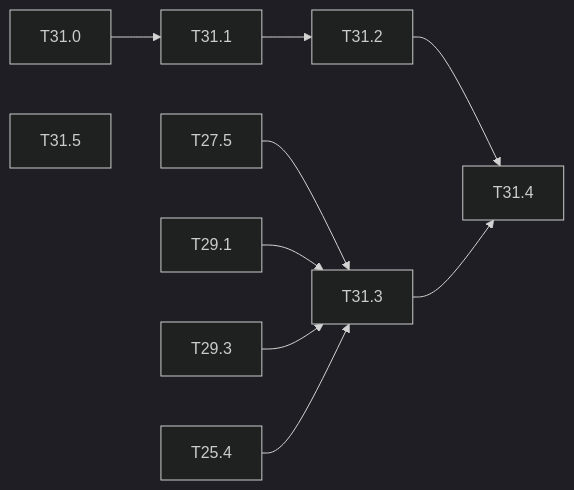
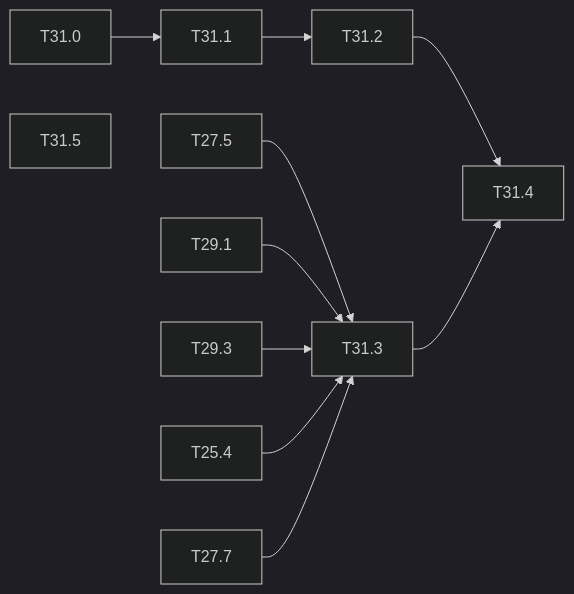
Before and after one commit to lrivals/EmbeddedComputervision: the diagram in docs/tasks/M31-assurance-case.md, drawn with Mermaid (dark theme). The commit also changed other lines of this file and 15 other files, not shown here.

````diff
--- a/docs/tasks/M31-assurance-case.md
+++ b/docs/tasks/M31-assurance-case.md
@@ -74,9 +77,10 @@
 ```mermaid
 graph LR
   T310[T31.0] --> T311[T31.1] --> T312[T31.2] --> T314[T31.4]
   T275[T27.5] --> T313[T31.3] --> T314
   T291[T29.1] --> T313
   T293[T29.3] --> T313
   T254[T25.4] --> T313
+  T277[T27.7] --> T313
   T315[T31.5]
 ```
````
